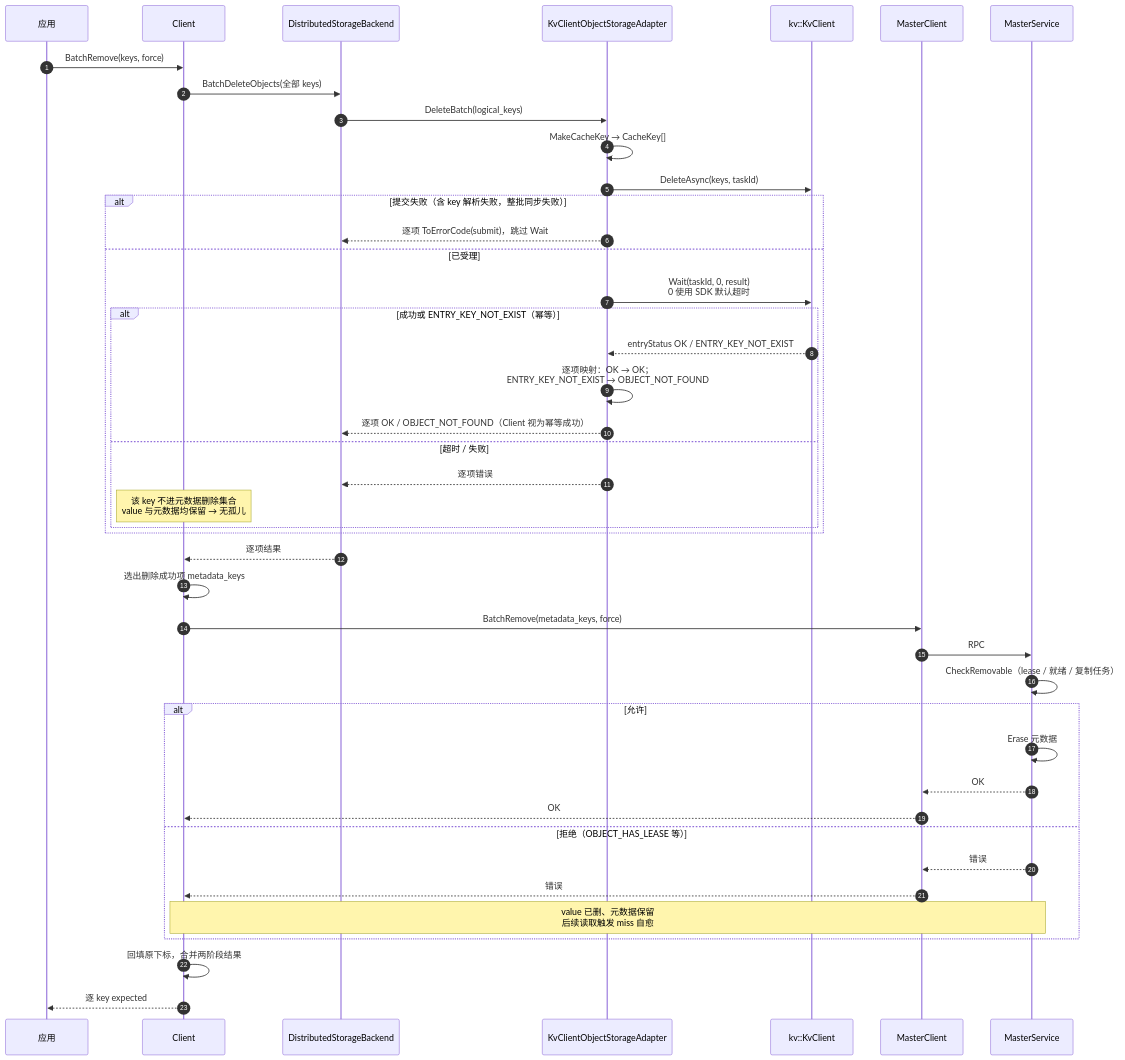
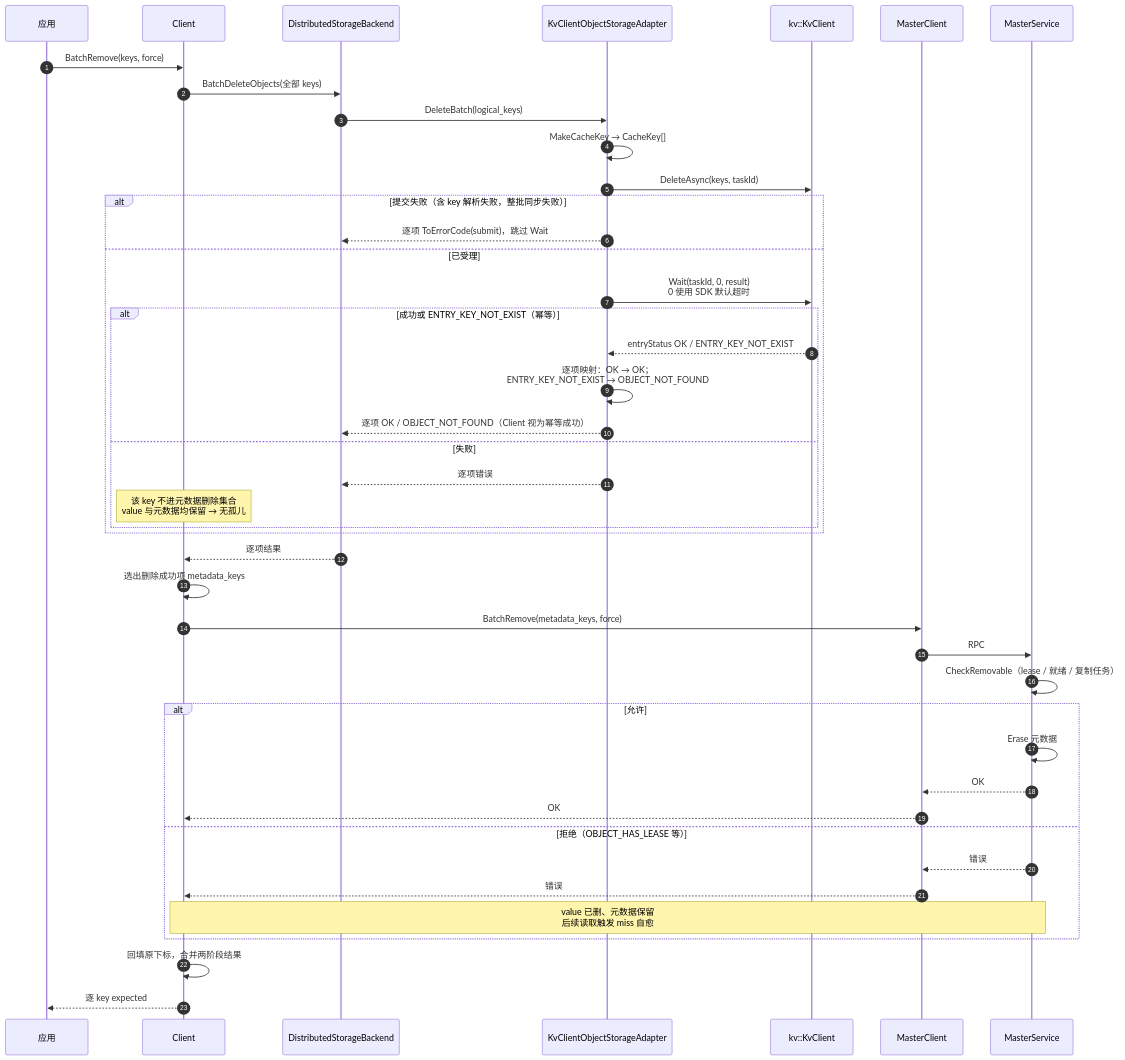
Diagram 11 of 13 in Mooncake + KVClient L3 接入（Kvcs）- v3.md (zwj20000328-dotcom/Mooncake-documents), drawn with Mermaid before and after one commit. The commit also changed other lines of this file and 2 other files, not shown here.

````diff
--- a/Mooncake + KVClient L3 接入（Kvcs）- v3.md
+++ b/Mooncake + KVClient L3 接入（Kvcs）- v3.md
@@ -687,46 +685,46 @@
 ```mermaid
 sequenceDiagram
     autonumber
     participant APP as 应用
     participant C as Client
     participant BE as DistributedStorageBackend
     participant AD as KvClientObjectStorageAdapter
     participant SDK as kv::KvClient
     participant MC as MasterClient
     participant M as MasterService
 
     APP->>C: BatchRemove(keys, force)
     C->>BE: BatchDeleteObjects(全部 keys)
     BE->>AD: DeleteBatch(logical_keys)
     AD->>AD: MakeCacheKey → CacheKey[]
     AD->>SDK: DeleteAsync(keys, taskId)
     alt 提交失败（含 key 解析失败，整批同步失败）
         AD-->>BE: 逐项 ToErrorCode(submit)，跳过 Wait
     else 已受理
         AD->>SDK: Wait(taskId, 0, result)<br/>0 使用 SDK 默认超时
         alt 成功或 ENTRY_KEY_NOT_EXIST（幂等）
             SDK-->>AD: entryStatus OK / ENTRY_KEY_NOT_EXIST
             AD->>AD: 逐项映射：OK → OK；<br/>ENTRY_KEY_NOT_EXIST → OBJECT_NOT_FOUND
             AD-->>BE: 逐项 OK / OBJECT_NOT_FOUND（Client 视为幂等成功）
-        else 超时 / 失败
+        else 失败
             AD-->>BE: 逐项错误
             Note over C: 该 key 不进元数据删除集合<br/>value 与元数据均保留 → 无孤儿
         end
     end
     BE-->>C: 逐项结果
     C->>C: 选出删除成功项 metadata_keys
     C->>MC: BatchRemove(metadata_keys, force)
     MC->>M: RPC
     M->>M: CheckRemovable（lease / 就绪 / 复制任务）
     alt 允许
         M->>M: Erase 元数据
         M-->>MC: OK
         MC-->>C: OK
     else 拒绝（OBJECT_HAS_LEASE 等）
         M-->>MC: 错误
         MC-->>C: 错误
         Note over C,M:  value 已删、元数据保留<br/>后续读取触发 miss 自愈
     end
     C->>C: 回填原下标，合并两阶段结果
     C-->>APP: 逐 key expected
 ```
````
